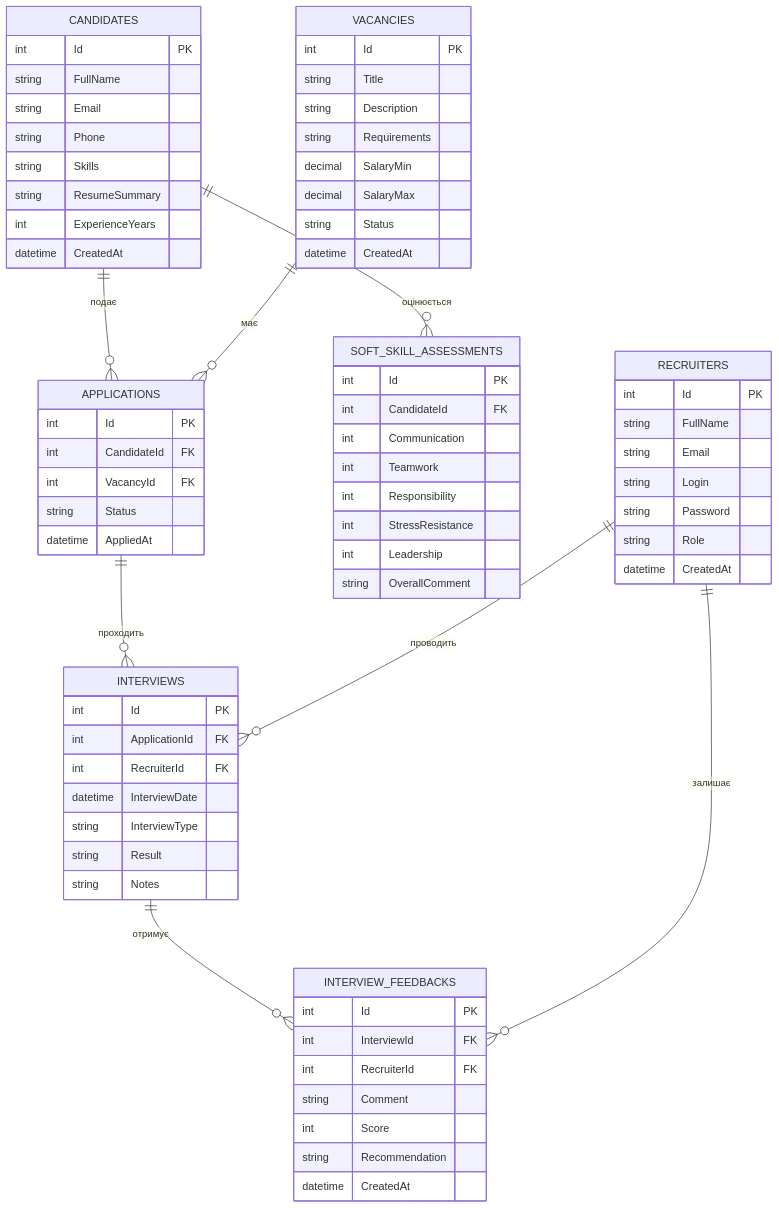
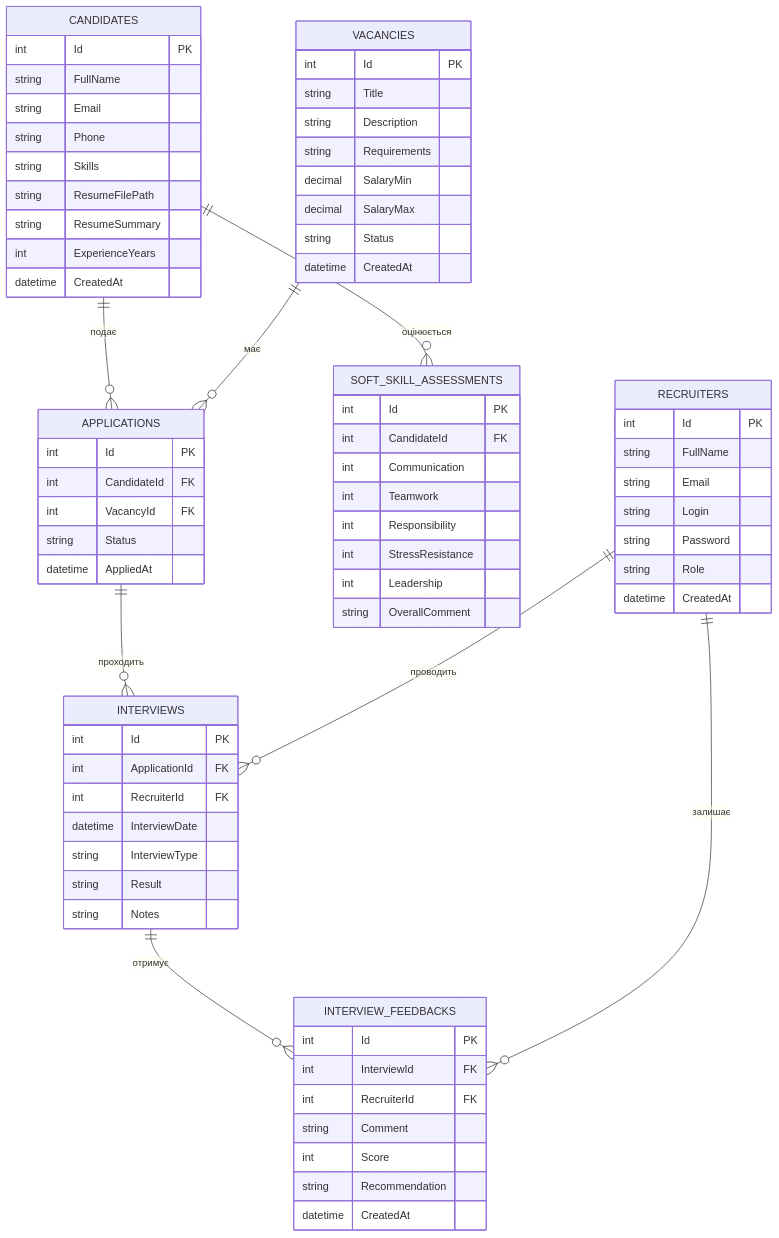
Before and after one commit to MaksBlyshchyk/-: the first of 2 diagrams in Docs/CourseMaterials.md, drawn with Mermaid. The commit also changed 55 other files, not shown here.

````diff
--- a/Docs/CourseMaterials.md
+++ b/Docs/CourseMaterials.md
@@ -13,81 +13,82 @@
 ```mermaid
 erDiagram
     CANDIDATES ||--o{ APPLICATIONS : "подає"
     VACANCIES ||--o{ APPLICATIONS : "має"
     APPLICATIONS ||--o{ INTERVIEWS : "проходить"
     INTERVIEWS ||--o{ INTERVIEW_FEEDBACKS : "отримує"
     CANDIDATES ||--o{ SOFT_SKILL_ASSESSMENTS : "оцінюється"
     RECRUITERS ||--o{ INTERVIEWS : "проводить"
     RECRUITERS ||--o{ INTERVIEW_FEEDBACKS : "залишає"
 
     CANDIDATES {
         int Id PK
         string FullName
         string Email
         string Phone
         string Skills
+        string ResumeFilePath
         string ResumeSummary
         int ExperienceYears
         datetime CreatedAt
     }
 
     VACANCIES {
         int Id PK
         string Title
         string Description
         string Requirements
         decimal SalaryMin
         decimal SalaryMax
         string Status
         datetime CreatedAt
     }
 
     APPLICATIONS {
         int Id PK
         int CandidateId FK
         int VacancyId FK
         string Status
         datetime AppliedAt
     }
 
     INTERVIEWS {
         int Id PK
         int ApplicationId FK
         int RecruiterId FK
         datetime InterviewDate
         string InterviewType
         string Result
         string Notes
     }
 
     INTERVIEW_FEEDBACKS {
         int Id PK
         int InterviewId FK
         int RecruiterId FK
         string Comment
         int Score
         string Recommendation
         datetime CreatedAt
     }
 
     SOFT_SKILL_ASSESSMENTS {
         int Id PK
         int CandidateId FK
         int Communication
         int Teamwork
         int Responsibility
         int StressResistance
         int Leadership
         string OverallComment
     }
 
     RECRUITERS {
         int Id PK
         string FullName
         string Email
         string Login
         string Password
         string Role
         datetime CreatedAt
     }
 ```
````
